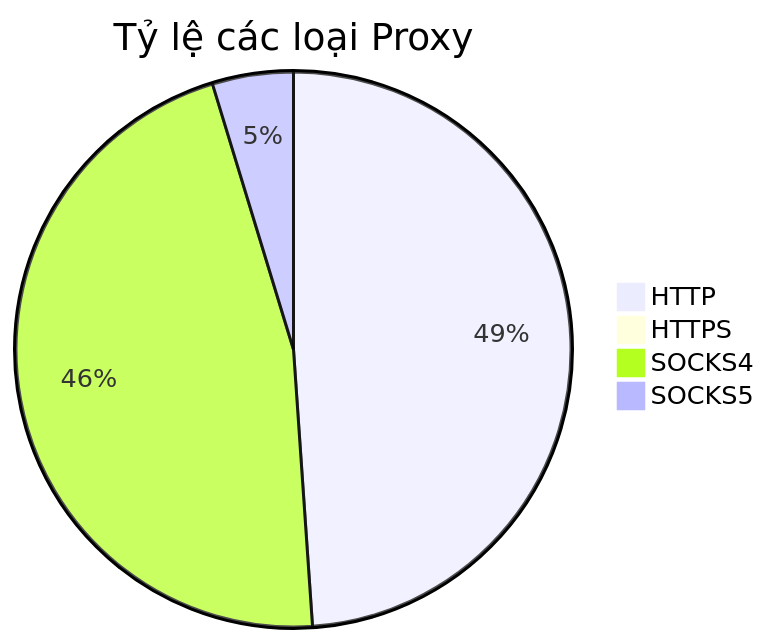
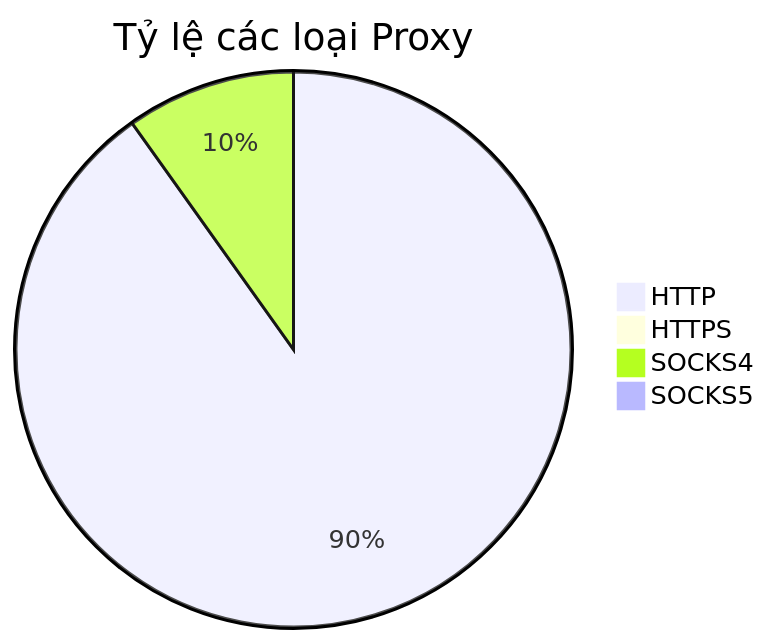
One commit to Ciara-Aa/PROXY-free changed the diagram in README.md. Above: the diagram before and after it, drawn with Mermaid. The commit also changed other lines of this file and 2 other files, not shown here.

````diff
--- a/README.md
+++ b/README.md
@@ -26,7 +26,7 @@
 ```mermaid
 pie title Tỷ lệ các loại Proxy
-    "HTTP" : 716
+    "HTTP" : 128
     "HTTPS" : 0
-    "SOCKS4" : 679
-    "SOCKS5" : 69
+    "SOCKS4" : 14
+    "SOCKS5" : 0
 ```
````
